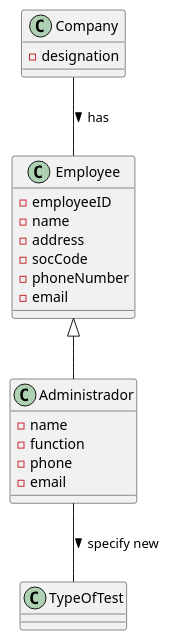
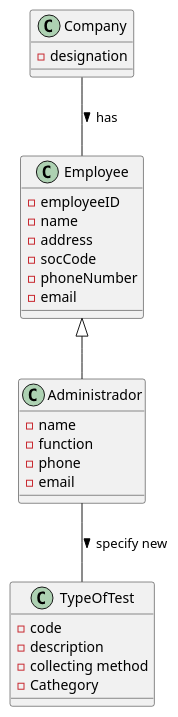
One commit to GuilhermeCunha79/lapr2 changed the diagram in docs/SprintB/US9/UC9_MD.puml. Above: the diagram before and after it, drawn with PlantUML. The commit also changed 8 other files, not shown here.

```diff
--- a/docs/SprintB/US9/UC9_MD.puml
+++ b/docs/SprintB/US9/UC9_MD.puml
@@ -1,31 +1,34 @@
 @startuml
 'https://plantuml.com/sequence-diagram
 
 Company -- Employee :> has
 Employee <|-- Administrador
 Administrador --  TypeOfTest:> specify new
 
 class TypeOfTest{
-
+-code
+-description
+-collecting method
+-Cathegory
 }
 
 class Administrador{
   -name
   -function
   -phone
   -email
 }
 
 class Employee{
 -employeeID
 -name
 -address
 -socCode
 -phoneNumber
 -email
 }
 
 class Company{
 -designation
 }
 @enduml
```
